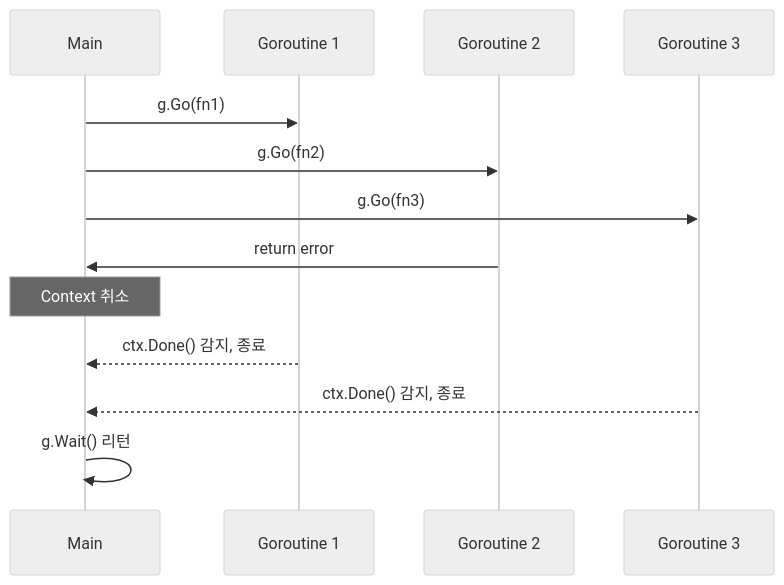
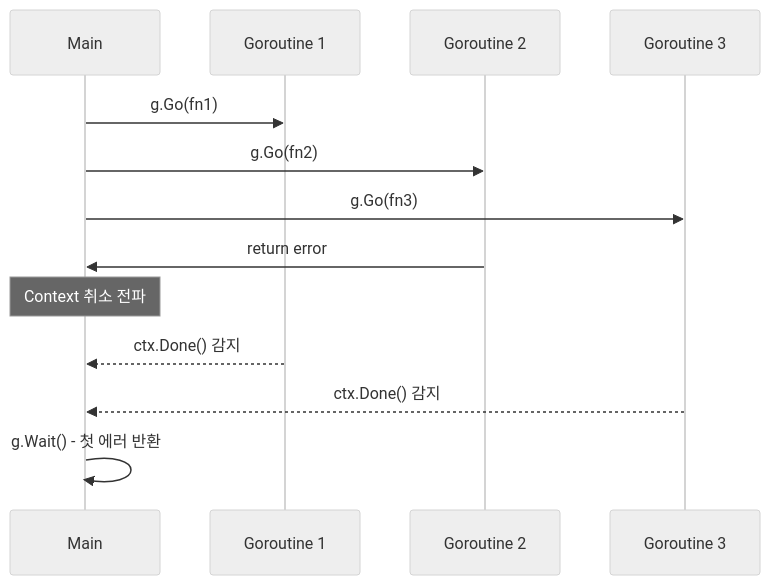
The third of 5 diagrams in src/content/backend/go/enterprise-go-4-goroutine-channel.md (KimSeogyu/KimSeogyu.github.io), drawn with Mermaid (neutral theme) before and after one commit. The commit also changed other lines of this file and 7 other files, not shown here.

````diff
--- a/src/content/backend/go/enterprise-go-4-goroutine-channel.md
+++ b/src/content/backend/go/enterprise-go-4-goroutine-channel.md
@@ -173,19 +85,19 @@
 ```mermaid
 sequenceDiagram
     participant Main
     participant G1 as Goroutine 1
     participant G2 as Goroutine 2
     participant G3 as Goroutine 3
     
     Main->>G1: g.Go(fn1)
     Main->>G2: g.Go(fn2)
     Main->>G3: g.Go(fn3)
     
     G2->>Main: return error
-    Note over Main: Context 취소
+    Note over Main: Context 취소 전파
     
-    G1-->>Main: ctx.Done() 감지, 종료
-    G3-->>Main: ctx.Done() 감지, 종료
+    G1-->>Main: ctx.Done() 감지
+    G3-->>Main: ctx.Done() 감지
     
-    Main->>Main: g.Wait() 리턴
+    Main->>Main: g.Wait() - 첫 에러 반환
 ```
````
